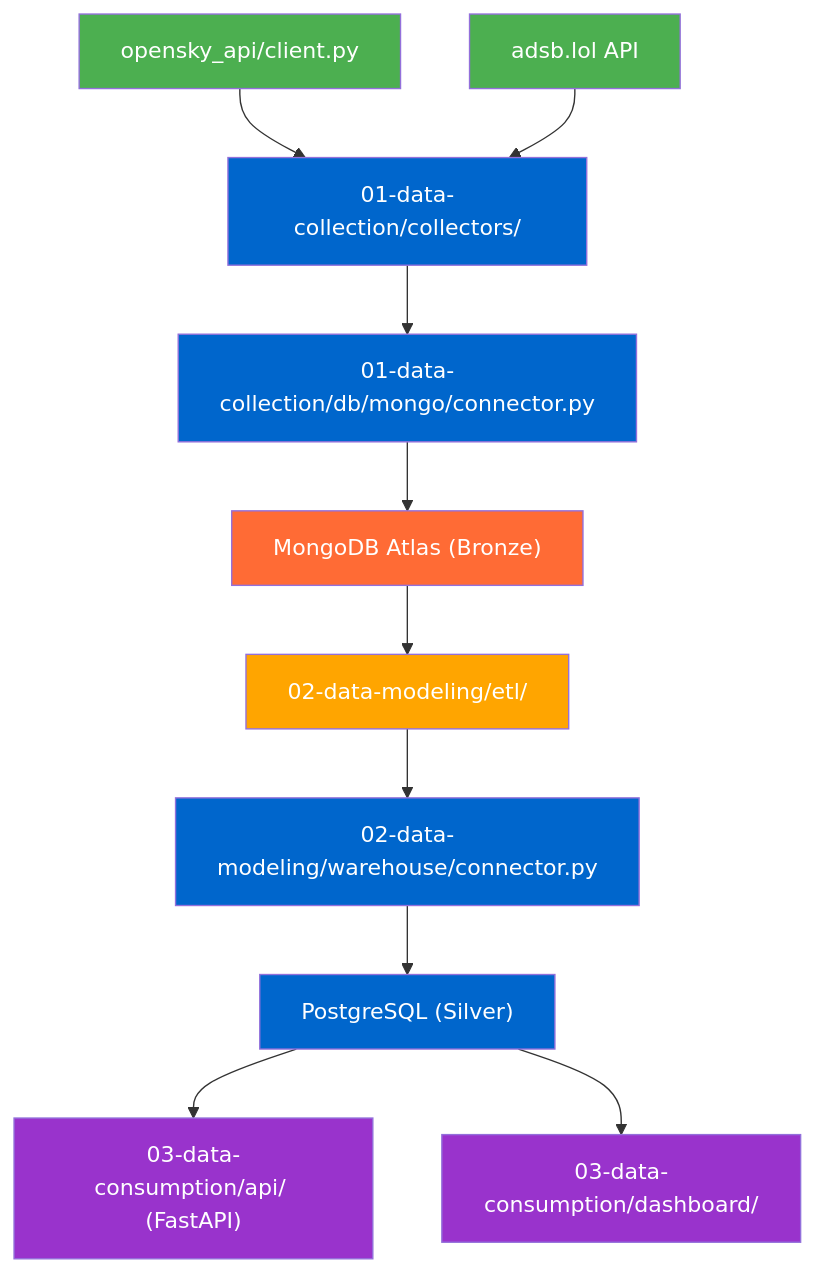
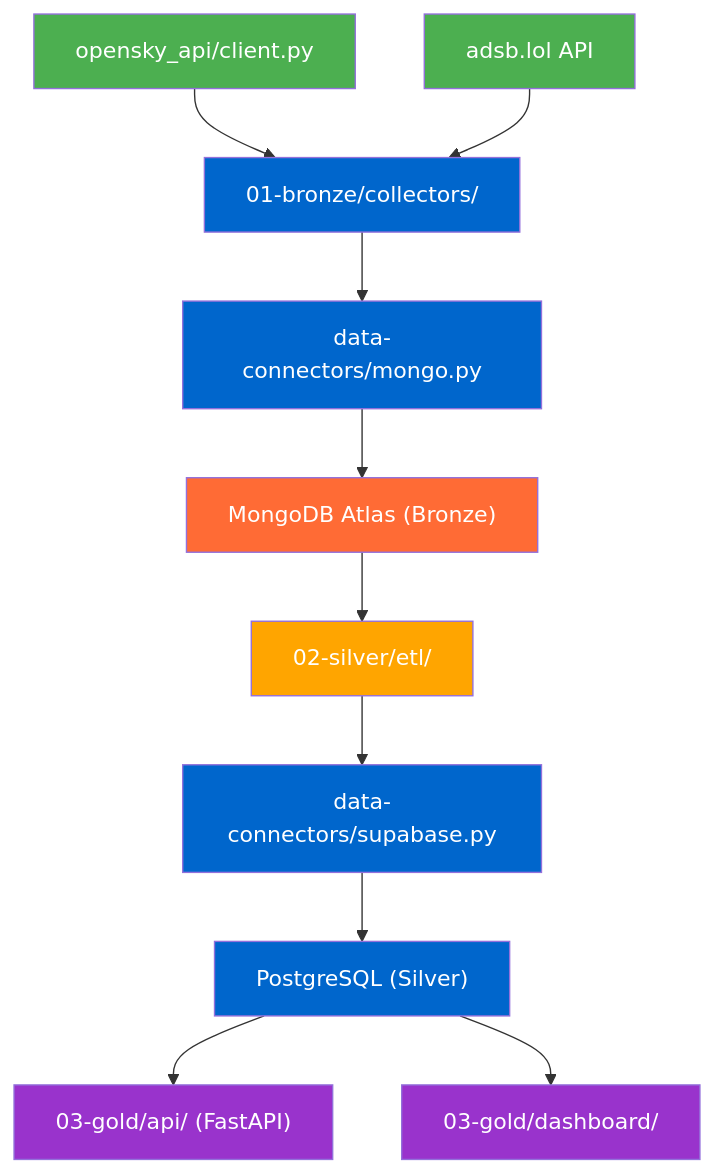
Before and after one commit to MatthiasSails/airline-data-platform: the fifth of 6 diagrams in docs/architecture/README.md, drawn with Mermaid. The commit also changed other lines of this file and 42 other files, not shown here.

````diff
--- a/docs/architecture/README.md
+++ b/docs/architecture/README.md
@@ -178,27 +178,27 @@
 ```mermaid
 graph TD
     OS["opensky_api/client.py"]
     ADSB["adsb.lol API"]
 
-    OS --> COL["01-data-collection/collectors/"]
+    OS --> COL["01-bronze/collectors/"]
     ADSB --> COL
 
-    COL --> CONN["01-data-collection/db/mongo/connector.py"]
+    COL --> CONN["data-connectors/mongo.py"]
     CONN --> MDB["MongoDB Atlas (Bronze)"]
-    MDB --> ETL["02-data-modeling/etl/"]
-    ETL --> WCON["02-data-modeling/warehouse/connector.py"]
+    MDB --> ETL["02-silver/etl/"]
+    ETL --> WCON["data-connectors/supabase.py"]
     WCON --> PG["PostgreSQL (Silver)"]
-    PG --> API["03-data-consumption/api/ (FastAPI)"]
-    PG --> DASH["03-data-consumption/dashboard/"]
+    PG --> API["03-gold/api/ (FastAPI)"]
+    PG --> DASH["03-gold/dashboard/"]
 
     style OS fill:#4CAF50,color:#fff
     style ADSB fill:#4CAF50,color:#fff
     style COL fill:#0066CC,color:#fff
     style CONN fill:#0066CC,color:#fff
     style MDB fill:#FF6B35,color:#fff
     style ETL fill:#FFA500,color:#fff
     style WCON fill:#0066CC,color:#fff
     style PG fill:#0066CC,color:#fff
     style API fill:#9933CC,color:#fff
     style DASH fill:#9933CC,color:#fff
 ```
````
